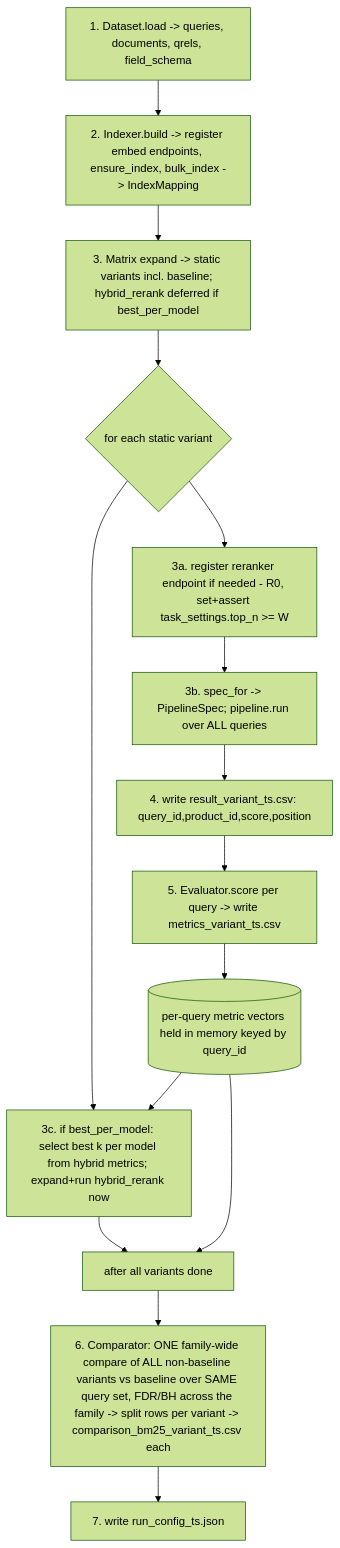
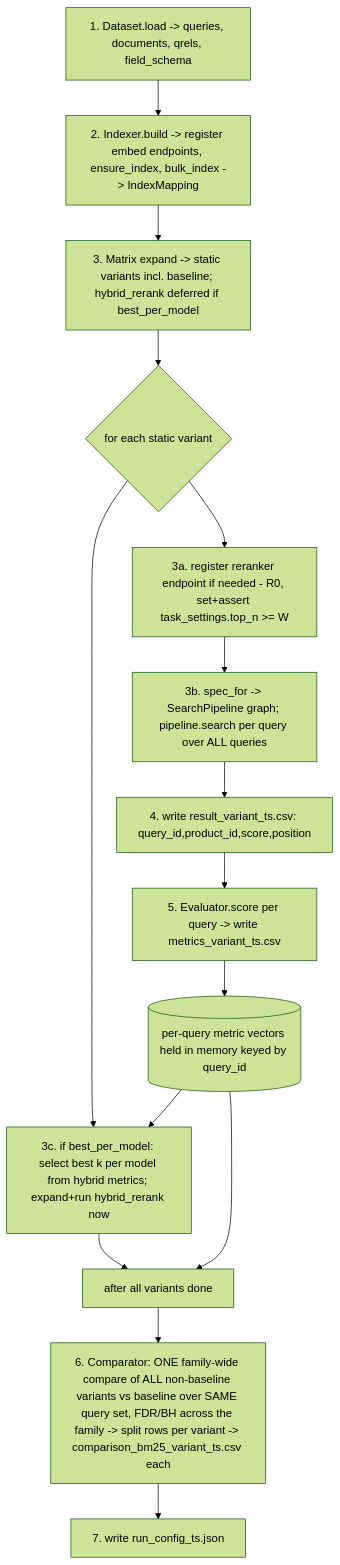
Before and after one commit to TensorOpt/search-rag-evaluation: the fourth of 4 diagrams in docs/experiment.md, drawn with Mermaid (forest theme). The commit also changed other lines of this file and 10 other files, not shown here.

````diff
--- a/docs/experiment.md
+++ b/docs/experiment.md
@@ -527,17 +518,17 @@
 ```mermaid
 flowchart TD
   A[1. Dataset.load -> queries, documents, qrels, field_schema] --> B[2. Indexer.build -> register embed endpoints, ensure_index, bulk_index -> IndexMapping]
   B --> C[3. Matrix expand -> static variants incl. baseline; hybrid_rerank deferred if best_per_model]
   C --> D{for each static variant}
   D --> E[3a. register reranker endpoint if needed - R0, set+assert task_settings.top_n >= W]
-  E --> F[3b. spec_for -> PipelineSpec; pipeline.run over ALL queries]
+  E --> F[3b. spec_for -> SearchPipeline graph; pipeline.search per query over ALL queries]
   F --> G[4. write result_variant_ts.csv: query_id,product_id,score,position]
   G --> H[5. Evaluator.score per query -> write metrics_variant_ts.csv]
   H --> I[(per-query metric vectors held in memory keyed by query_id)]
   D --> P[3c. if best_per_model: select best k per model from hybrid metrics; expand+run hybrid_rerank now]
   I --> P
   P --> J[after all variants done]
   I --> J
   J --> K[6. Comparator: ONE family-wide compare of ALL non-baseline variants vs baseline over SAME query set, FDR/BH across the family -> split rows per variant -> comparison_bm25_variant_ts.csv each]
   K --> L[7. write run_config_ts.json]
 ```
````
